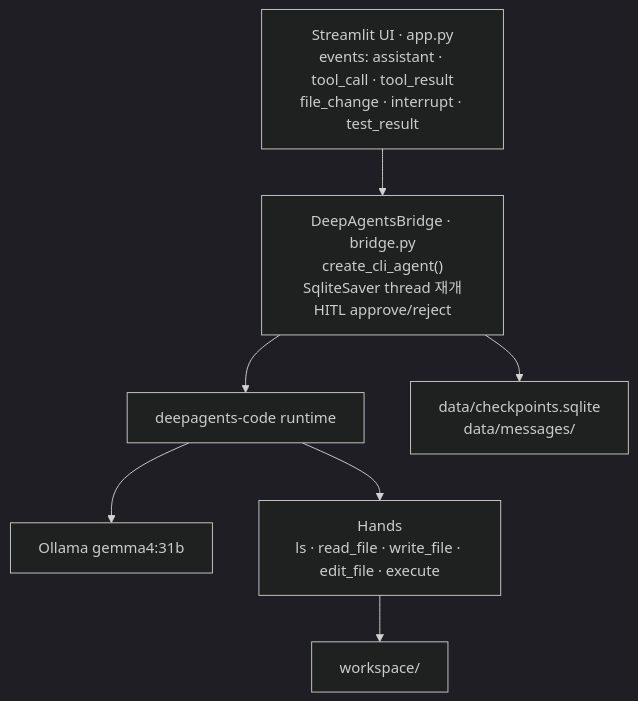
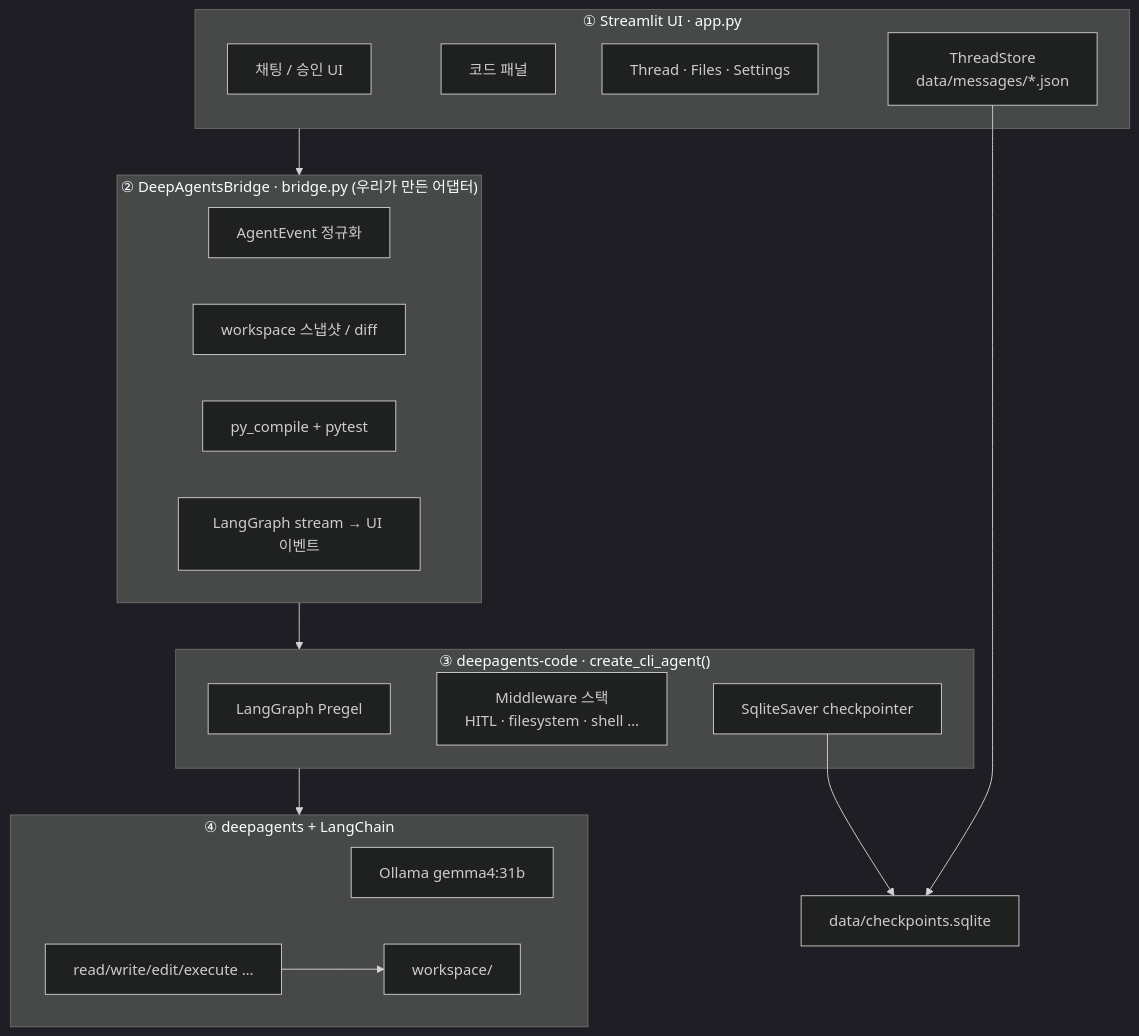
The diagram in README.md (eunbijoel/coding_agent), drawn with Mermaid (dark theme) before and after one commit.

Commit message:
Update README architecture diagram with layered deepagents flow.
Documents UI, Bridge adapter, deepagents-code runtime, and data paths.

````diff
--- a/README.md
+++ b/README.md
@@ -9,17 +9,35 @@
 ```mermaid
 flowchart TB
-    UI["Streamlit UI · app.py<br/>events: assistant · tool_call · tool_result<br/>file_change · interrupt · test_result"]
-    Bridge["DeepAgentsBridge · bridge.py<br/>create_cli_agent()<br/>SqliteSaver thread 재개<br/>HITL approve/reject"]
-    Runtime["deepagents-code runtime"]
-    Model["Ollama gemma4:31b"]
-    Hands["Hands<br/>ls · read_file · write_file · edit_file · execute"]
-    WS["workspace/"]
-    Data["data/checkpoints.sqlite<br/>data/messages/"]
+    subgraph UI["① Streamlit UI · app.py"]
+        Chat["채팅 / 승인 UI"]
+        Editor["코드 패널"]
+        Sidebar["Thread · Files · Settings"]
+        ThreadStore["ThreadStore<br/>data/messages/*.json"]
+    end
+
+    subgraph Bridge["② DeepAgentsBridge · bridge.py (우리가 만든 어댑터)"]
+        Events["AgentEvent 정규화"]
+        Snap["workspace 스냅샷 / diff"]
+        Verify["py_compile + pytest"]
+        Map["LangGraph stream → UI 이벤트"]
+    end
+
+    subgraph DCode["③ deepagents-code · create_cli_agent()"]
+        Graph["LangGraph Pregel"]
+        MW["Middleware 스택<br/>HITL · filesystem · shell …"]
+        CP["SqliteSaver checkpointer"]
+    end
+
+    subgraph Runtime["④ deepagents + LangChain"]
+        Model["Ollama gemma4:31b"]
+        Hands["read/write/edit/execute …"]
+        WS["workspace/"]
+    end
 
     UI --> Bridge
-    Bridge --> Runtime
-    Bridge --> Data
-    Runtime --> Model
-    Runtime --> Hands
+    Bridge --> DCode
+    DCode --> Runtime
     Hands --> WS
+    CP --> Data["data/checkpoints.sqlite"]
+    ThreadStore --> Data
 ```
````
